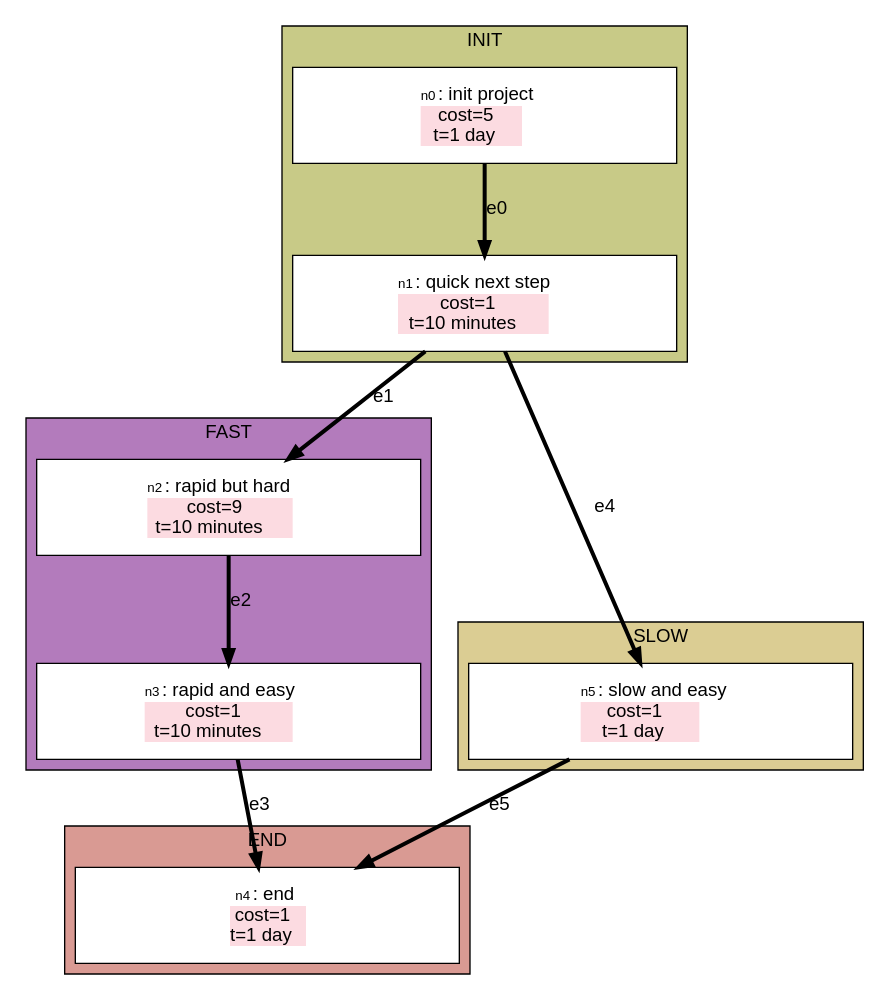
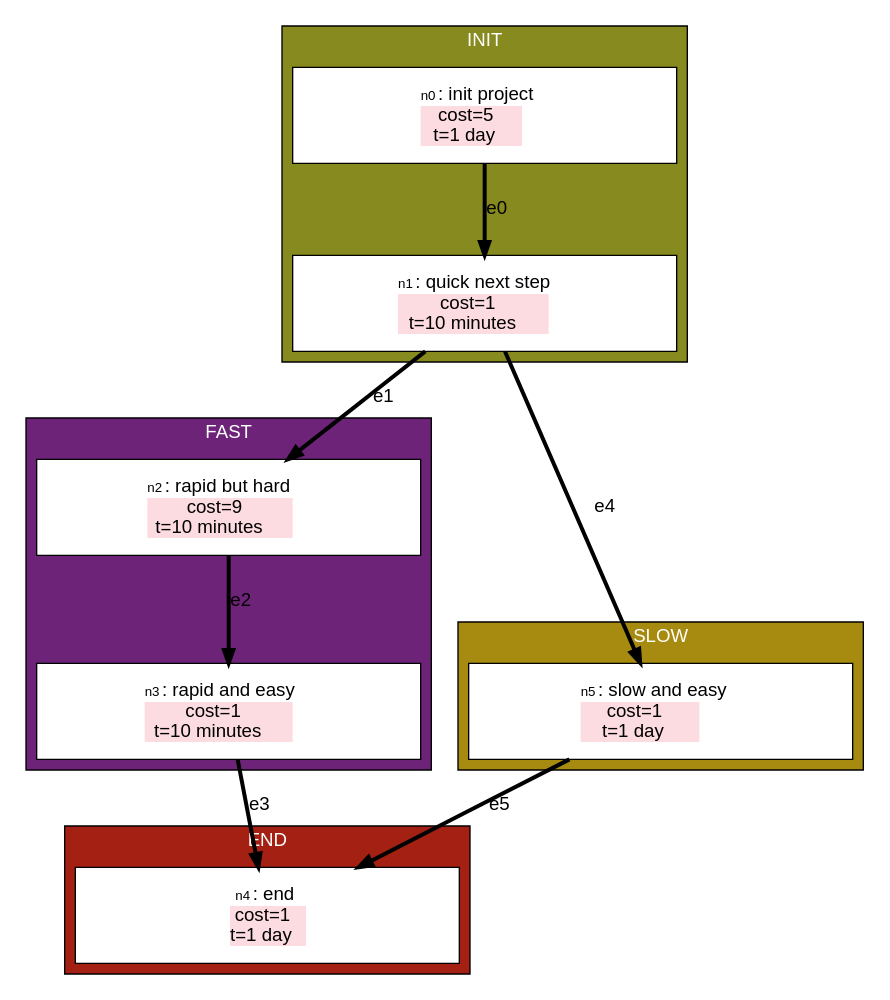
The diagram in examples/variables.dot (stevecooperorg/microdot), drawn with Graphviz before and after one commit. The commit also changed 12 other files, not shown here.

```diff
--- a/examples/variables.dot
+++ b/examples/variables.dot
@@ -1,133 +1,137 @@
 digraph {
 
     graph [fontname = "helvetica" rankdir="TB" ranksep=0.75 nodesep=0.5];
     node [fontname = "helvetica" shape = "box" width=2.5 style=filled];
     edge [fontname = "helvetica" penwidth=3 color="#000000"];
 
   subgraph cluster_END {
   label="END"
-  bgcolor="#D99A93"
+  bgcolor="#A32012"
+  fontcolor="#FFFFFF"
     n4 [width=4 height=1 label=< <TABLE BORDER="0" CELLPADDING="0" CELLSPACING="0">
     <TR>
         <TD COLSPAN="2"><FONT POINT-SIZE="10">n4</FONT>: end</TD>
     </TR>
     
         
            <TR>
-<TD BGCOLOR="#FCDBE1"><FONT COLOR="#000000">cost=1</FONT></TD>
+<TD BGCOLOR="#FCDBE1">cost=1</TD>
 </TR>
         
            <TR>
-<TD BGCOLOR="#FCDBE1"><FONT COLOR="#000000">t=1 day</FONT></TD>
+<TD BGCOLOR="#FCDBE1">t=1 day</TD>
 </TR>
         
     
    </TABLE>
 > fillcolor="#FFFFFF"]
   }
   subgraph cluster_FAST {
   label="FAST"
-  bgcolor="#B37BBC"
+  bgcolor="#6C2378"
+  fontcolor="#FFFFFF"
     n2 [width=4 height=1 label=< <TABLE BORDER="0" CELLPADDING="0" CELLSPACING="0">
     <TR>
         <TD COLSPAN="2"><FONT POINT-SIZE="10">n2</FONT>: rapid but hard</TD>
     </TR>
     
         
            <TR>
-<TD BGCOLOR="#FCDBE1"><FONT COLOR="#000000">cost=9</FONT></TD>
+<TD BGCOLOR="#FCDBE1">cost=9</TD>
 </TR>
         
            <TR>
-<TD BGCOLOR="#FCDBE1"><FONT COLOR="#000000">t=10 minutes</FONT></TD>
+<TD BGCOLOR="#FCDBE1">t=10 minutes</TD>
 </TR>
         
     
    </TABLE>
 > fillcolor="#FFFFFF"]
     n3 [width=4 height=1 label=< <TABLE BORDER="0" CELLPADDING="0" CELLSPACING="0">
     <TR>
         <TD COLSPAN="2"><FONT POINT-SIZE="10">n3</FONT>: rapid and easy</TD>
     </TR>
     
         
            <TR>
-<TD BGCOLOR="#FCDBE1"><FONT COLOR="#000000">cost=1</FONT></TD>
+<TD BGCOLOR="#FCDBE1">cost=1</TD>
 </TR>
         
            <TR>
-<TD BGCOLOR="#FCDBE1"><FONT COLOR="#000000">t=10 minutes</FONT></TD>
+<TD BGCOLOR="#FCDBE1">t=10 minutes</TD>
 </TR>
         
     
    </TABLE>
 > fillcolor="#FFFFFF"]
   }
   subgraph cluster_INIT {
   label="INIT"
-  bgcolor="#C8CA87"
+  bgcolor="#878A1E"
+  fontcolor="#FFFFFF"
     n0 [width=4 height=1 label=< <TABLE BORDER="0" CELLPADDING="0" CELLSPACING="0">
     <TR>
         <TD COLSPAN="2"><FONT POINT-SIZE="10">n0</FONT>: init project</TD>
     </TR>
     
         
            <TR>
-<TD BGCOLOR="#FCDBE1"><FONT COLOR="#000000">cost=5</FONT></TD>
+<TD BGCOLOR="#FCDBE1">cost=5</TD>
 </TR>
         
            <TR>
-<TD BGCOLOR="#FCDBE1"><FONT COLOR="#000000">t=1 day</FONT></TD>
+<TD BGCOLOR="#FCDBE1">t=1 day</TD>
 </TR>
         
     
    </TABLE>
 > fillcolor="#FFFFFF"]
     n1 [width=4 height=1 label=< <TABLE BORDER="0" CELLPADDING="0" CELLSPACING="0">
     <TR>
         <TD COLSPAN="2"><FONT POINT-SIZE="10">n1</FONT>: quick next step</TD>
     </TR>
     
         
            <TR>
-<TD BGCOLOR="#FCDBE1"><FONT COLOR="#000000">cost=1</FONT></TD>
+<TD BGCOLOR="#FCDBE1">cost=1</TD>
 </TR>
         
            <TR>
-<TD BGCOLOR="#FCDBE1"><FONT COLOR="#000000">t=10 minutes</FONT></TD>
+<TD BGCOLOR="#FCDBE1">t=10 minutes</TD>
 </TR>
         
     
    </TABLE>
 > fillcolor="#FFFFFF"]
   }
   subgraph cluster_SLOW {
   label="SLOW"
-  bgcolor="#DBCD93"
+  bgcolor="#A78A10"
+  fontcolor="#FFFFFF"
     n5 [width=4 height=1 label=< <TABLE BORDER="0" CELLPADDING="0" CELLSPACING="0">
     <TR>
         <TD COLSPAN="2"><FONT POINT-SIZE="10">n5</FONT>: slow and easy</TD>
     </TR>
     
         
            <TR>
-<TD BGCOLOR="#FCDBE1"><FONT COLOR="#000000">cost=1</FONT></TD>
+<TD BGCOLOR="#FCDBE1">cost=1</TD>
 </TR>
         
            <TR>
-<TD BGCOLOR="#FCDBE1"><FONT COLOR="#000000">t=1 day</FONT></TD>
+<TD BGCOLOR="#FCDBE1">t=1 day</TD>
 </TR>
         
     
    </TABLE>
 > fillcolor="#FFFFFF"]
   }
 
     "n0" -> "n1" [label="e0"];
     "n1" -> "n2" [label="e1"];
     "n2" -> "n3" [label="e2"];
     "n3" -> "n4" [label="e3"];
     "n1" -> "n5" [label="e4"];
     "n5" -> "n4" [label="e5"];
 
 }
```
